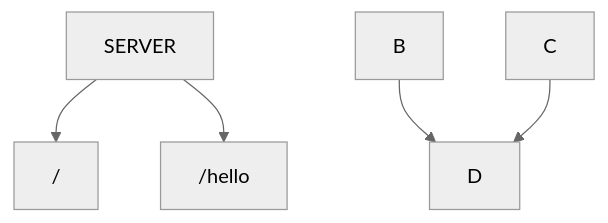
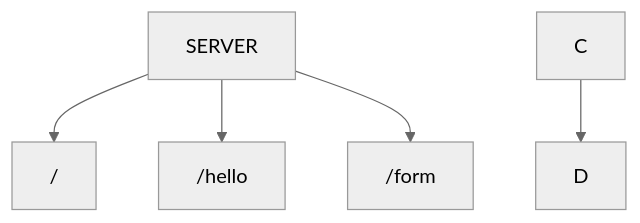
The second of 2 diagrams in README.md (Kavindulakmal/Web-Server), drawn with Mermaid (neutral theme) before and after one commit.

````diff
--- a/README.md
+++ b/README.md
@@ -37,7 +37,7 @@
 ```mermaid
 graph TD;
     SERVER--> /;
     SERVER-->/hello;
-    B-->D;
+    SERVER-->/form;
     C-->D;
 ```
````
